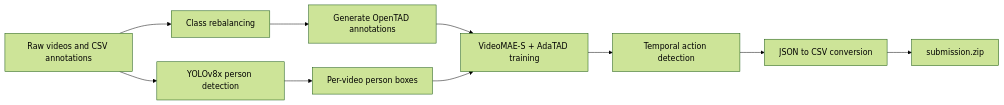
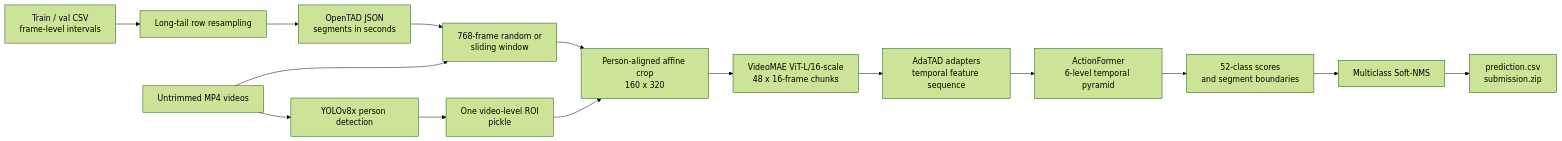
Before and after one commit to car-ops/MULTI-LABEL_MICRO-ACTION_DETECTION_MAC_2024: the diagram in README.md, drawn with Mermaid (forest theme). The commit also changed other lines of this file and 1 other file, not shown here.

Commit message:
docs: explain core detection pipeline

````diff
--- a/README.md
+++ b/README.md
@@ -20,12 +30,20 @@
 ```mermaid
 flowchart LR
-    A[Raw videos and CSV annotations] --> B[Class rebalancing]
-    A --> C[YOLOv8x person detection]
-    B --> D[Generate OpenTAD annotations]
-    C --> E[Per-video person boxes]
-    D --> F[VideoMAE-S + AdaTAD training]
-    E --> F
-    F --> G[Temporal action detection]
-    G --> H[JSON to CSV conversion]
-    H --> I[submission.zip]
+    A[Train / val CSV<br/>frame-level intervals] --> B[Long-tail row resampling]
+    B --> C[OpenTAD JSON<br/>segments in seconds]
+
+    D[Untrimmed MP4 videos] --> E[YOLOv8x person detection]
+    E --> F[One video-level ROI<br/>pickle]
+
+    C --> G[768-frame random or<br/>sliding window]
+    D --> G
+    F --> H[Person-aligned affine crop<br/>160 x 320]
+    G --> H
+
+    H --> I[VideoMAE ViT-L/16-scale<br/>48 x 16-frame chunks]
+    I --> J[AdaTAD adapters<br/>temporal feature sequence]
+    J --> K[ActionFormer<br/>6-level temporal pyramid]
+    K --> L[52-class scores<br/>and segment boundaries]
+    L --> M[Multiclass Soft-NMS]
+    M --> N[prediction.csv<br/>submission.zip]
 ```
````
